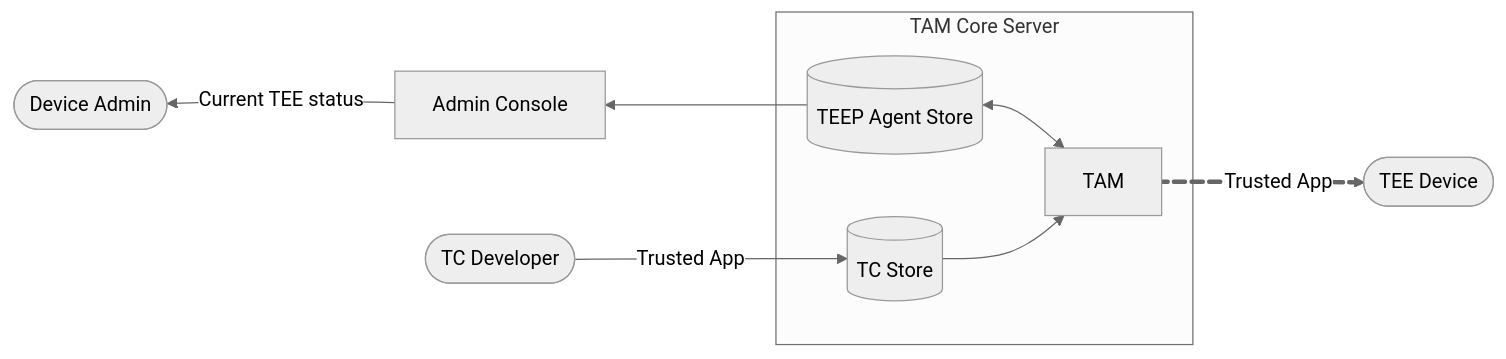
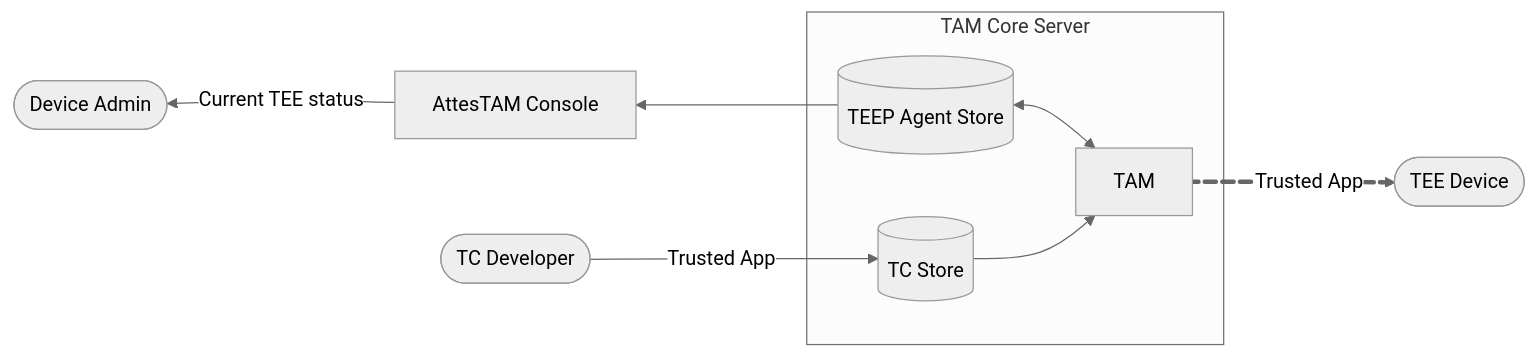
Before and after one commit to kentakayama/AttesTAM: the diagram in README.md, drawn with Mermaid (neutral theme). The commit also changed other lines of this file and 10 other files, not shown here.

Commit message:
Rename Admin Console branding to AttesTAM Console

````diff
--- a/README.md
+++ b/README.md
@@ -18,23 +18,23 @@
 ```mermaid
 flowchart LR
     TCDeveloper([TC Developer]) -- Trusted App--> ManifestStore
 
     DeviceAdmin ~~~ BFF
     BFF -- Current TEE status --> DeviceAdmin([Device Admin])
     BFF ~~~ DeviceAdmin
 
-    BFF[Admin Console] ~~~ AgentStore
+    BFF[AttesTAM Console] ~~~ AgentStore
     AgentStore --> BFF
     AgentStore ~~~ BFF
 
     subgraph TAM Core Server
         TAM
         AgentStore[(TEEP Agent Store)] <--> TAM
         ManifestStore[(TC Store)] --> TAM
     end
 
     TAM e1@== Trusted App ==> TEEPAgent
     e1@{ animate: true }
 
     TEEPAgent([TEE Device])
 ```
````
